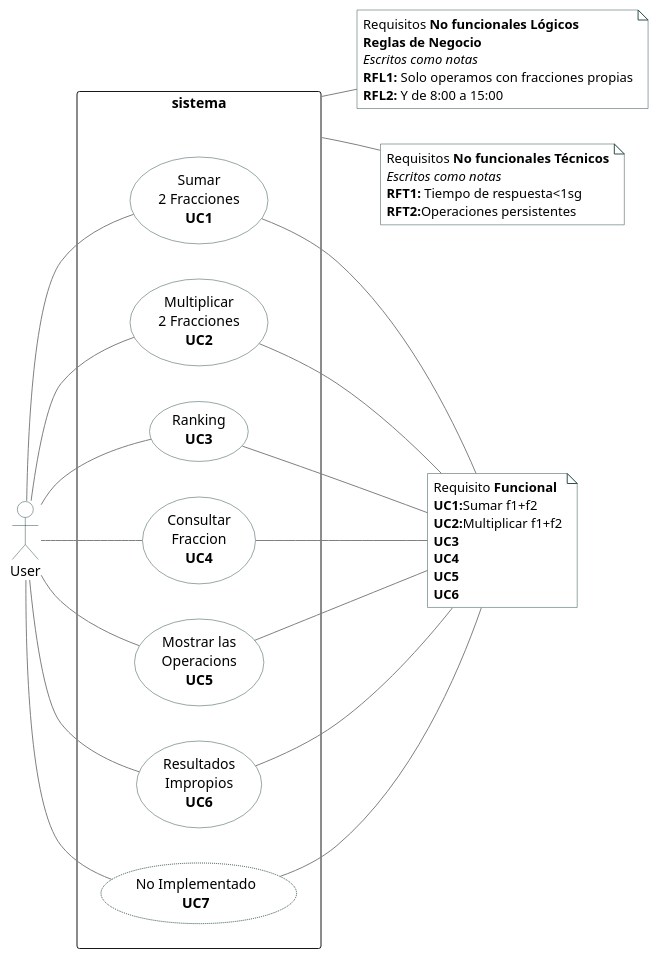
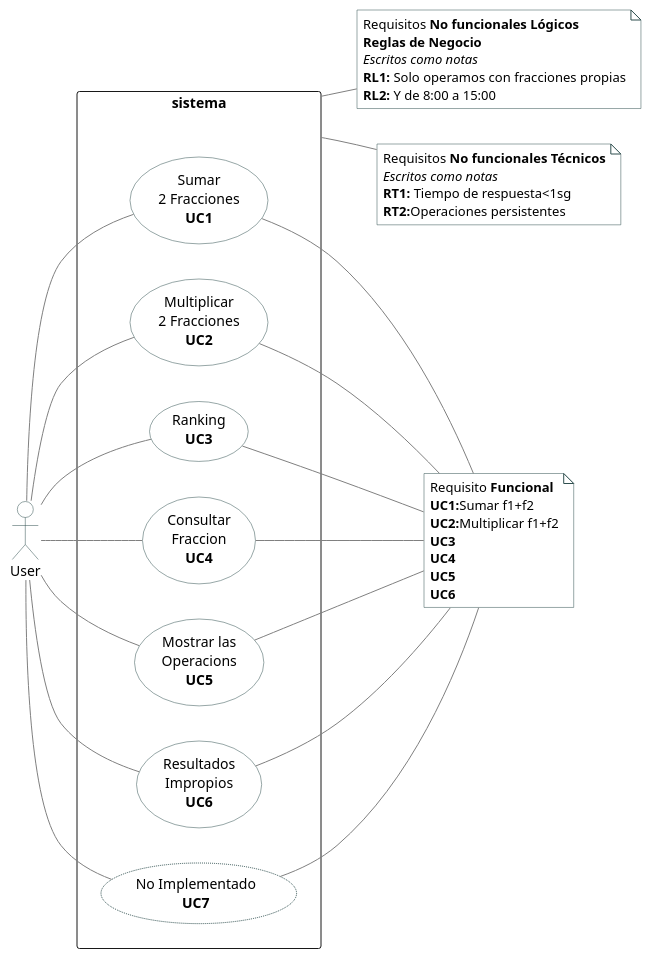
Before and after one commit to srlopez/RUP: the first of 4 diagrams in ejemplos/fraccion_completo.md, drawn with PlantUML. The commit also changed other lines of this file, not shown here.

Commit message:
Doc. de requisitos

````diff
--- a/ejemplos/fraccion_completo.md
+++ b/ejemplos/fraccion_completo.md
@@ -22,58 +22,58 @@
 ```plantuml
 @startuml
 hide stereotype
 
 skinparam usecase {
   BackgroundColor White
   BorderColor DarkSlateGray
   ArrowColor Grey
   
   BorderThickness<<beta>> 1
   BorderStyle<<beta>> dotted
   'BackgroundColor<<beta>> #FFE
   'BorderColor<<beta>> Red
 }
 skinparam actor {
   BackgroundColor White
   BorderColor DarkSlateGray
   ArrowColor Grey
 }
 skinparam note {
   BackgroundColor White
   BorderColor DarkSlateGray
 }
 note "Requisito <b>Funcional</b>\n<b>UC1:</b>Sumar f1+f2\n<b>UC2:</b>Multiplicar f1+f2\n<b>UC3</b>\n<b>UC4</b>\n<b>UC5</b>\n<b>UC6</b>" as n1
-note "Requisitos <b>No funcionales Lógicos</b>\n<b>Reglas de Negocio</b>\n<i>Escritos como notas</i>\n<b>RFL1:</b> Solo operamos con fracciones propias\n<b>RFL2:</b> Y de 8:00 a 15:00" as n2
-note "Requisitos <b>No funcionales Técnicos</b>\n<i>Escritos como notas</i>\n<b>RFT1:</b> Tiempo de respuesta<1sg\n<b>RFT2:</b>Operaciones persistentes" as n3
+note "Requisitos <b>No funcionales Lógicos</b>\n<b>Reglas de Negocio</b>\n<i>Escritos como notas</i>\n<b>RL1:</b> Solo operamos con fracciones propias\n<b>RL2:</b> Y de 8:00 a 15:00" as n2
+note "Requisitos <b>No funcionales Técnicos</b>\n<i>Escritos como notas</i>\n<b>RT1:</b> Tiempo de respuesta<1sg\n<b>RT2:</b>Operaciones persistentes" as n3
 
 left to right direction
 :User: as cli
 rectangle sistema {
   (Sumar\n2 Fracciones\n<b>UC1</b>) as uno 
   (Multiplicar\n2 Fracciones\n<b>UC2</b>) as dos 
   (Ranking\n<b>UC3</b>) as tres
   (Consultar\nFraccion\n<b>UC4</b>) as cuatro
   (Mostrar las\nOperacions\n<b>UC5</b>) as cinco
   (Resultados\nImpropios\n<b>UC6</b>) as seis
   (No Implementado\n<b>UC7</b>) as siete<<beta>>
 }
 
 cli -- uno
 sistema -- n2
 sistema -- n3
 cli -- dos
 cli -- tres
 cli -- cuatro
 cli -- cinco
 cli -- seis
 cli -- siete
 uno -- n1
 dos -- n1
 tres -- n1
 cuatro -- n1
 cinco -- n1
 seis -- n1
 siete -- n1
 
 @enduml
 ```
````
